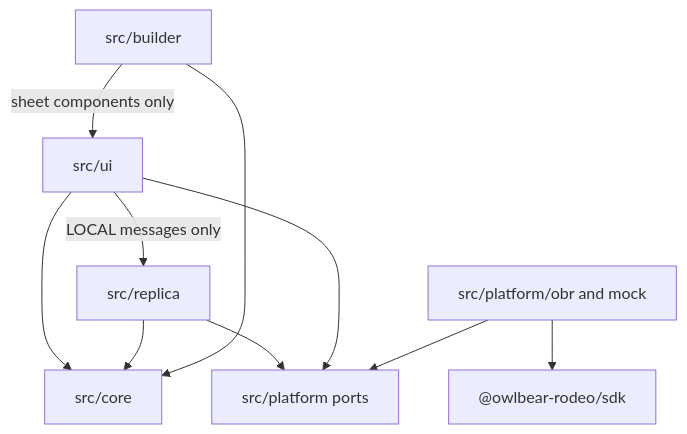
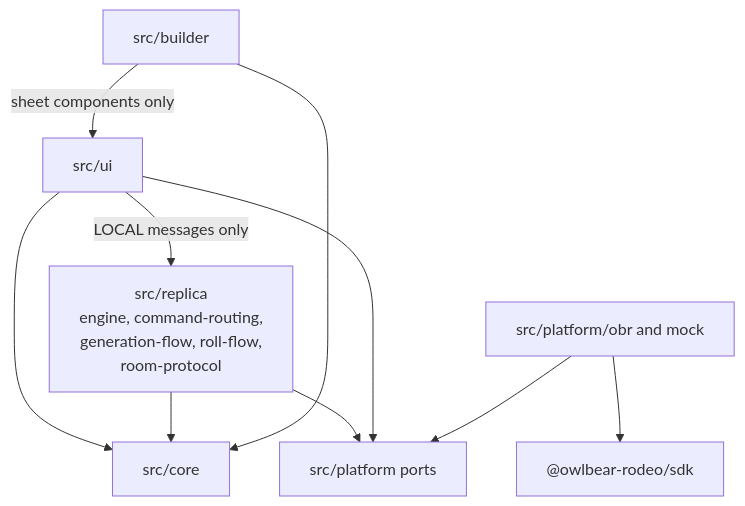
The first of 3 diagrams in _bmad-output/planning-artifacts/architecture/architecture-owlbear-muster-roll-2026-11-10/ARCHITECTURE-SPINE.md (Seigiard/owlbear-muster-roll), drawn with Mermaid before and after one commit. The commit also changed other lines of this file and 2 other files, not shown here.

First line of the commit message:
refactor(replica): extract room protocol admission and dispatch

````diff
--- a/_bmad-output/planning-artifacts/architecture/architecture-owlbear-muster-roll-2026-11-10/ARCHITECTURE-SPINE.md
+++ b/_bmad-output/planning-artifacts/architecture/architecture-owlbear-muster-roll-2026-11-10/ARCHITECTURE-SPINE.md
@@ -38,12 +38,12 @@
 ```mermaid
 graph TD
-  UI[src/ui] -->|LOCAL messages only| Replica[src/replica]
+  UI[src/ui] -->|LOCAL messages only| Replica[src/replica<br/>engine, command-routing,<br/>generation-flow, roll-flow,<br/>room-protocol]
   UI --> Core[src/core]
   Replica --> Core
   Replica --> Ports[src/platform ports]
   UI --> Ports
   Adapter[src/platform/obr and mock] --> Ports
   Adapter --> SDK["@owlbear-rodeo/sdk"]
   Builder[src/builder] --> Core
   Builder -->|sheet components only| UI
 ```
````
